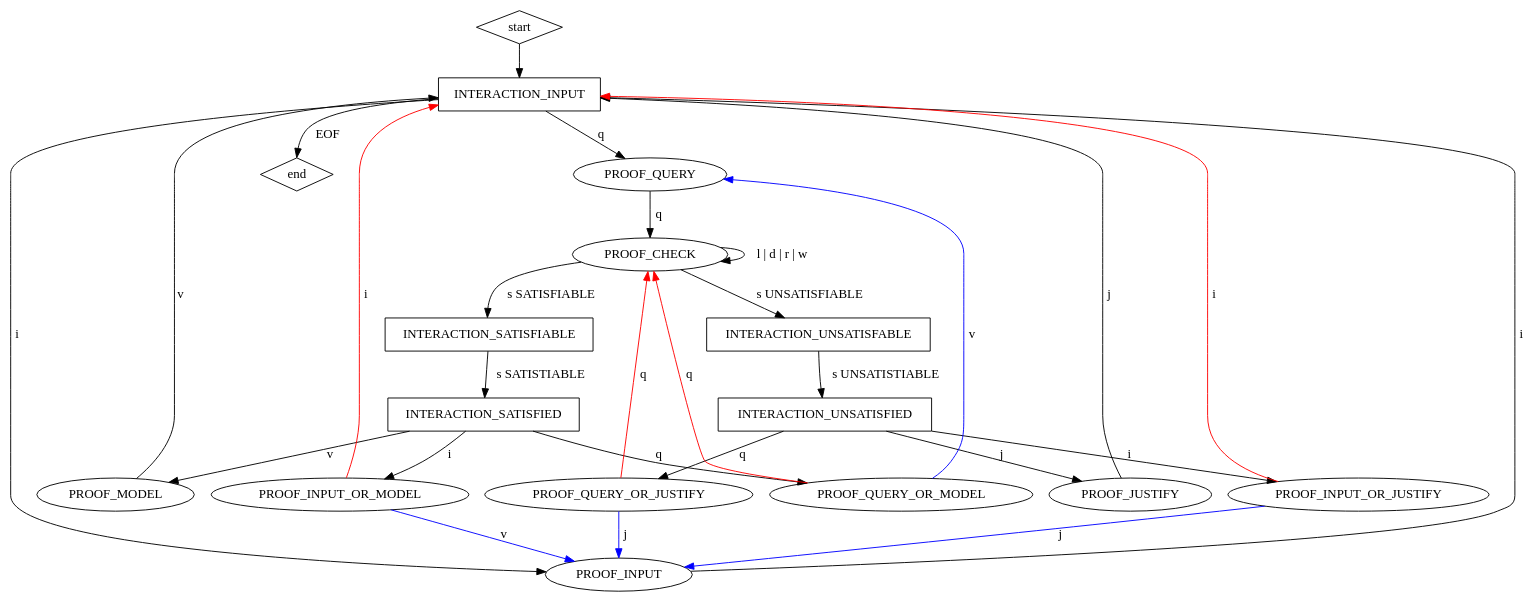
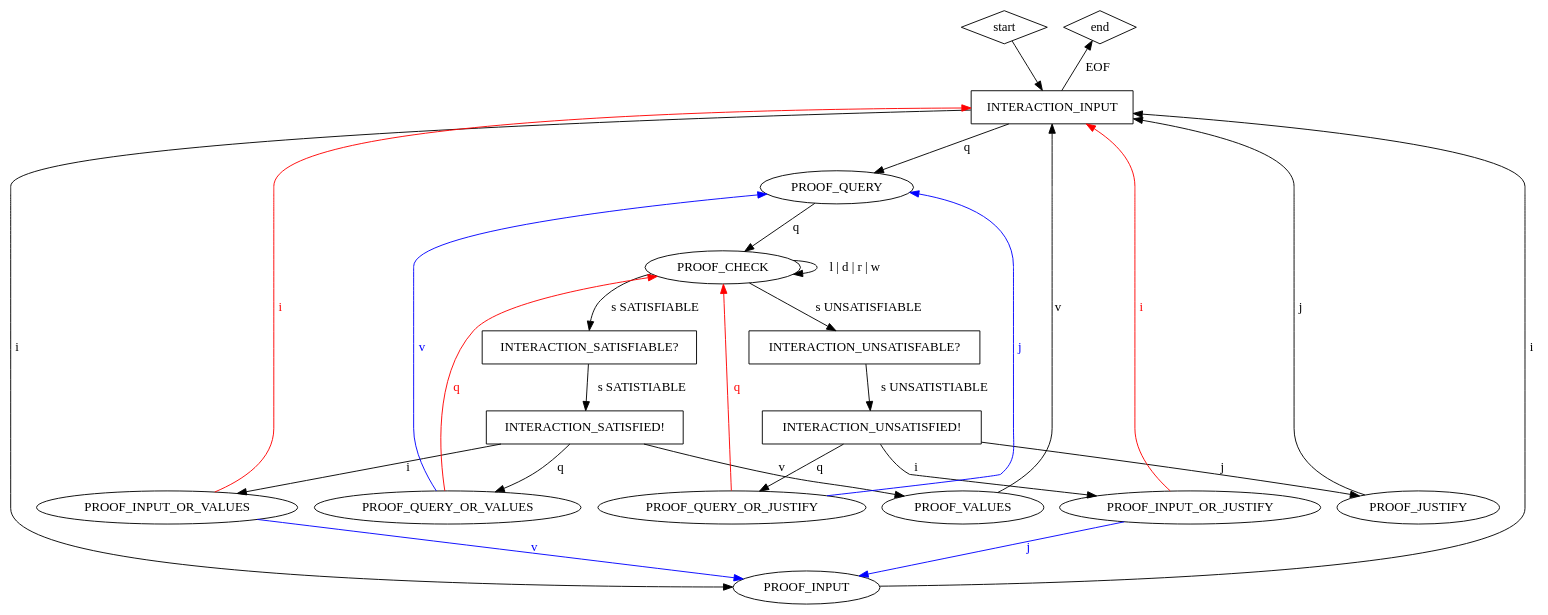
One commit to arminbiere/lidrup-check changed the diagram in idrup-check.dot. Above: the diagram before and after it, drawn with Graphviz.

```diff
--- a/idrup-check.dot
+++ b/idrup-check.dot
@@ -1,50 +1,53 @@
 digraph "idrup-check" {
 
   start [shape=diamond];
   start -> INTERACTION_INPUT;
 
   INTERACTION_INPUT [shape=box];
   INTERACTION_INPUT -> PROOF_INPUT [label=" i "];
   INTERACTION_INPUT -> PROOF_QUERY [label=" q "];
-  INTERACTION_INPUT -> end [label=" EOF "];
+
+  // INTERACTION_INPUT -> end [label=" EOF "];
+  // INTERACTION_INPUT -> end [label=" EOF "];
+  end -> INTERACTION_INPUT [label=" EOF ",dir=back];
 
   PROOF_INPUT -> INTERACTION_INPUT [label=" i "];
 
   PROOF_QUERY -> PROOF_CHECK [label=" q "];
   PROOF_CHECK -> PROOF_CHECK [label=" l | d | r | w "];
   PROOF_CHECK -> INTERACTION_SATISFIABLE [label=" s SATISFIABLE "];
   PROOF_CHECK -> INTERACTION_UNSATISFABLE [label=" s UNSATISFIABLE "];
 
-  INTERACTION_UNSATISFABLE [shape="box"];
+  INTERACTION_UNSATISFABLE [shape="box",label="INTERACTION_UNSATISFABLE?"];
   INTERACTION_UNSATISFABLE -> INTERACTION_UNSATISFIED [label=" s UNSATISTIABLE "];
 
-  INTERACTION_SATISFIABLE [shape="box"];
+  INTERACTION_SATISFIABLE [shape="box",label="INTERACTION_SATISFIABLE?"];
   INTERACTION_SATISFIABLE -> INTERACTION_SATISFIED [label=" s SATISTIABLE "];
 
-  INTERACTION_SATISFIED [shape=box];
-  INTERACTION_SATISFIED -> PROOF_MODEL [label=" v "];
-  INTERACTION_SATISFIED -> PROOF_INPUT_OR_MODEL [label=" i "];
-  INTERACTION_SATISFIED -> PROOF_QUERY_OR_MODEL [label=" q "];
+  INTERACTION_SATISFIED [shape=box,label="INTERACTION_SATISFIED!"];
+  INTERACTION_SATISFIED -> PROOF_VALUES [label=" v "];
+  INTERACTION_SATISFIED -> PROOF_INPUT_OR_VALUES [label=" i "];
+  INTERACTION_SATISFIED -> PROOF_QUERY_OR_VALUES [label=" q "];
 
-  INTERACTION_UNSATISFIED [shape=box];
+  INTERACTION_UNSATISFIED [shape=box,label="INTERACTION_UNSATISFIED!"];
   INTERACTION_UNSATISFIED -> PROOF_JUSTIFY [label=" j "];
   INTERACTION_UNSATISFIED -> PROOF_INPUT_OR_JUSTIFY [label=" i "];
   INTERACTION_UNSATISFIED -> PROOF_QUERY_OR_JUSTIFY [label=" q "];
 
-  PROOF_MODEL -> INTERACTION_INPUT [label=" v"];
+  PROOF_VALUES -> INTERACTION_INPUT [label=" v"];
   PROOF_JUSTIFY -> INTERACTION_INPUT [label=" j "];
 
-  PROOF_INPUT_OR_MODEL -> INTERACTION_INPUT [label=" i ",color=red];
-  PROOF_INPUT_OR_MODEL -> PROOF_INPUT [label=" v ", color=blue];
+  PROOF_INPUT_OR_VALUES -> INTERACTION_INPUT [label=" i ",color=red,fontcolor=red];
+  PROOF_INPUT_OR_VALUES -> PROOF_INPUT [label=" v ", color=blue,fontcolor=blue];
 
-  PROOF_QUERY_OR_MODEL -> PROOF_QUERY [label=" v ",color=blue];
-  PROOF_QUERY_OR_MODEL -> PROOF_CHECK [label=" q ",color=red];
+  PROOF_QUERY_OR_VALUES -> PROOF_QUERY [label=" v ",color=blue,fontcolor=blue];
+  PROOF_QUERY_OR_VALUES -> PROOF_CHECK [label=" q ",color=red,fontcolor=red];
 
-  PROOF_QUERY_OR_JUSTIFY -> PROOF_INPUT [label=" j ",color=blue];
-  PROOF_QUERY_OR_JUSTIFY -> PROOF_CHECK [label=" q ",color=red];
+  PROOF_QUERY_OR_JUSTIFY -> PROOF_QUERY [label=" j ",color=blue,fontcolor=blue];
+  PROOF_QUERY_OR_JUSTIFY -> PROOF_CHECK [label=" q ",color=red,fontcolor=red];
 
-  PROOF_INPUT_OR_JUSTIFY -> PROOF_INPUT [label=" j ",color=blue];
-  PROOF_INPUT_OR_JUSTIFY -> INTERACTION_INPUT [label=" i ",color=red];
+  PROOF_INPUT_OR_JUSTIFY -> PROOF_INPUT [label=" j ",color=blue,fontcolor=blue];
+  PROOF_INPUT_OR_JUSTIFY -> INTERACTION_INPUT [label=" i ",color=red,fontcolor=red];
 
   end [shape=diamond];
 }
```
